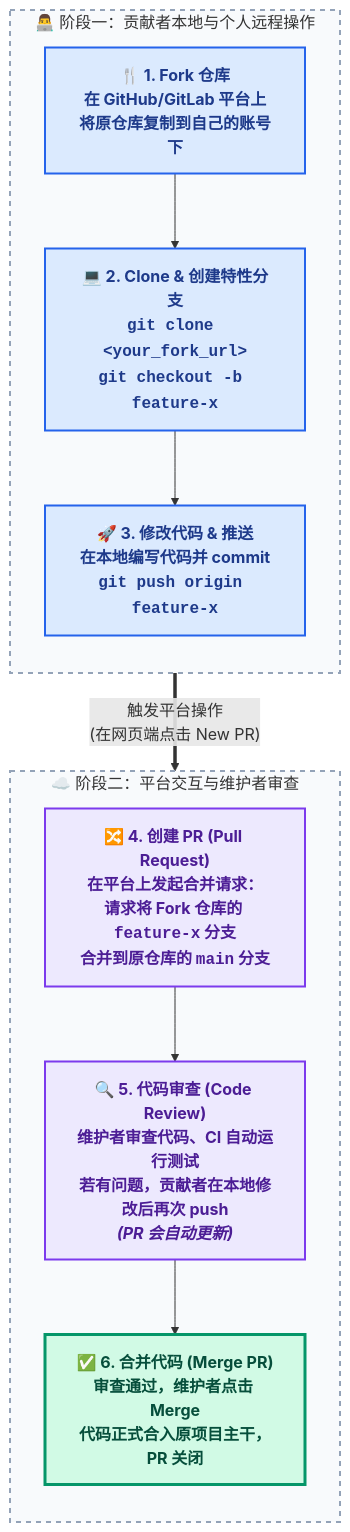
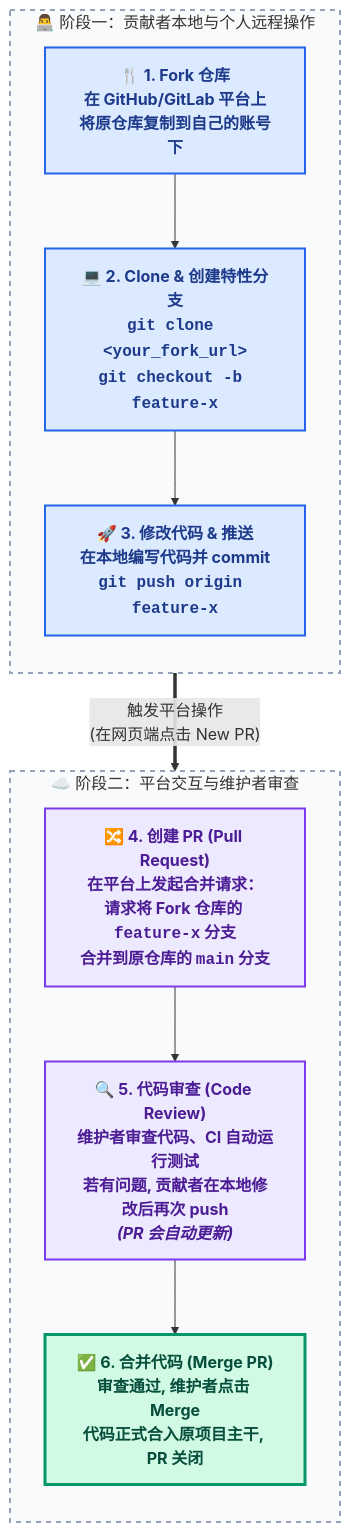
One commit to dmjcb/dmjcb.github.io changed diagram 23 of 23 in _posts/software/git/2024-09-24-git使用.md. Above: the diagram before and after it, drawn with Mermaid. The commit also changed other lines of this file and 12 other files, not shown here.

````diff
--- a/_posts/software/git/2024-09-24-git使用.md
+++ b/_posts/software/git/2024-09-24-git使用.md
@@ -1411,36 +1411,36 @@
 ```mermaid
 flowchart TD
     %% 样式定义 (延续前文色彩体系)
     classDef contributor fill:#dbeafe,stroke:#2563eb,stroke-width:2px,color:#1e3a8a,font-weight:bold;
     classDef platform fill:#ede9fe,stroke:#7c3aed,stroke-width:2px,color:#4c1d95,font-weight:bold;
     classDef success fill:#d1fae5,stroke:#059669,stroke-width:3px,color:#064e3b,font-weight:bold,font-size:16px;
     classDef bgBox fill:#f8fafc,stroke:#94a3b8,stroke-width:2px,stroke-dasharray: 5 5;
 
     subgraph Contributor ["👨‍💻 阶段一：贡献者本地与个人远程操作"]
         direction TB
         Fork["🍴 <b>1. Fork 仓库</b><br/>在 GitHub/GitLab 平台上<br/>将原仓库复制到自己的账号下"]
         Clone["💻 <b>2. Clone & 创建特性分支</b><br/><code>git clone &lt;your_fork_url&gt;</code><br/><code>git checkout -b feature-x</code>"]
         Push["🚀 <b>3. 修改代码 & 推送</b><br/>在本地编写代码并 commit<br/><code>git push origin feature-x</code>"]
         
         Fork --> Clone --> Push
     end
 
     subgraph Platform ["☁️ 阶段二：平台交互与维护者审查"]
         direction TB
         PR["🔀 <b>4. 创建 PR (Pull Request)</b><br/>在平台上发起合并请求：<br/>请求将 Fork 仓库的 <code>feature-x</code> 分支<br/>合并到原仓库的 <code>main</code> 分支"]
-        Review["🔍 <b>5. 代码审查 (Code Review)</b><br/>维护者审查代码、CI 自动运行测试<br/>若有问题，贡献者在本地修改后再次 push<br/><i>(PR 会自动更新)</i>"]
-        Merge["✅ <b>6. 合并代码 (Merge PR)</b><br/>审查通过，维护者点击 Merge<br/>代码正式合入原项目主干，PR 关闭"]
+        Review["🔍 <b>5. 代码审查 (Code Review)</b><br/>维护者审查代码、CI 自动运行测试<br/>若有问题, 贡献者在本地修改后再次 push<br/><i>(PR 会自动更新)</i>"]
+        Merge["✅ <b>6. 合并代码 (Merge PR)</b><br/>审查通过, 维护者点击 Merge<br/>代码正式合入原项目主干, PR 关闭"]
         
         PR --> Review --> Merge
     end
 
     %% 跨区连线
     Push ==>|"触发平台操作<br/>(在网页端点击 New PR)"| PR
 
     %% 应用样式
     class Contributor,Platform bgBox;
     class Fork,Clone,Push contributor;
     class PR,Review platform;
     class Merge success;
 
 ```
````
